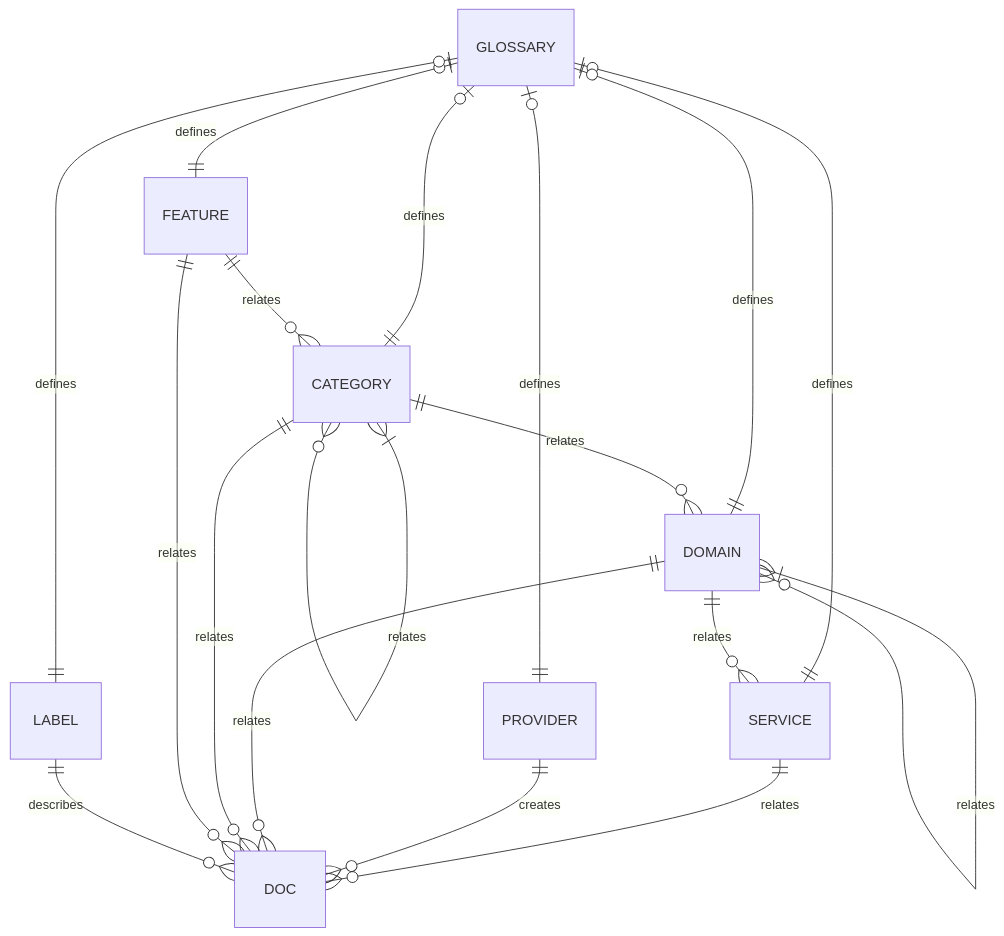
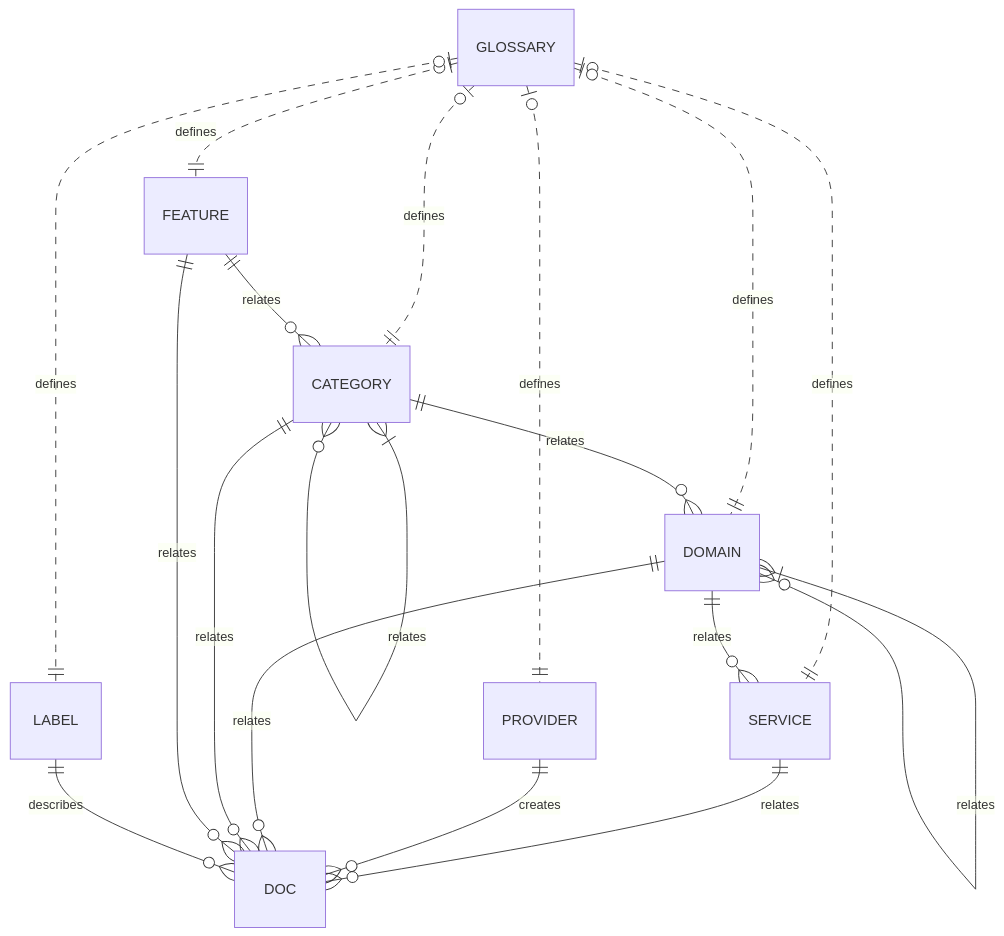
One commit to lexical-cloud/lexical-cloud-docs changed the second of 4 diagrams in en/pages/data-model.md. Above: the diagram before and after it, drawn with Mermaid. The commit also changed other lines of this file, not shown here.

Commit message:
added descriptive text to data model page. made adjustments to diagrams to match

````diff
--- a/en/pages/data-model.md
+++ b/en/pages/data-model.md
@@ -27,20 +48,20 @@
 ```mermaid
 erDiagram
-    GLOSSARY |o--|| SERVICE : defines
-    GLOSSARY |o--|| PROVIDER : defines
-    GLOSSARY |o--|| DOMAIN : defines
-    GLOSSARY |o--|| CATEGORY : defines
-    GLOSSARY |o--|| FEATURE : defines
-    GLOSSARY |o--|| LABEL : defines
+    GLOSSARY |o..|| SERVICE : defines
+    GLOSSARY |o..|| PROVIDER : defines
+    GLOSSARY |o..|| DOMAIN : defines
+    GLOSSARY |o..|| CATEGORY : defines
+    GLOSSARY |o..|| FEATURE : defines
+    GLOSSARY |o..|| LABEL : defines
     SERVICE ||--o{ DOC : relates
     PROVIDER ||--o{ DOC : creates
     DOMAIN ||--o{ DOC : relates
     CATEGORY ||--o{ DOC : relates
     FEATURE ||--o{ DOC : relates
     LABEL ||--o{ DOC : describes
     DOMAIN }|--o{ DOMAIN : relates
     DOMAIN ||--o{ SERVICE : relates
     CATEGORY ||--o{ DOMAIN : relates
     CATEGORY }|--o{ CATEGORY: relates
     FEATURE ||--o{ CATEGORY : relates
 ```
````
